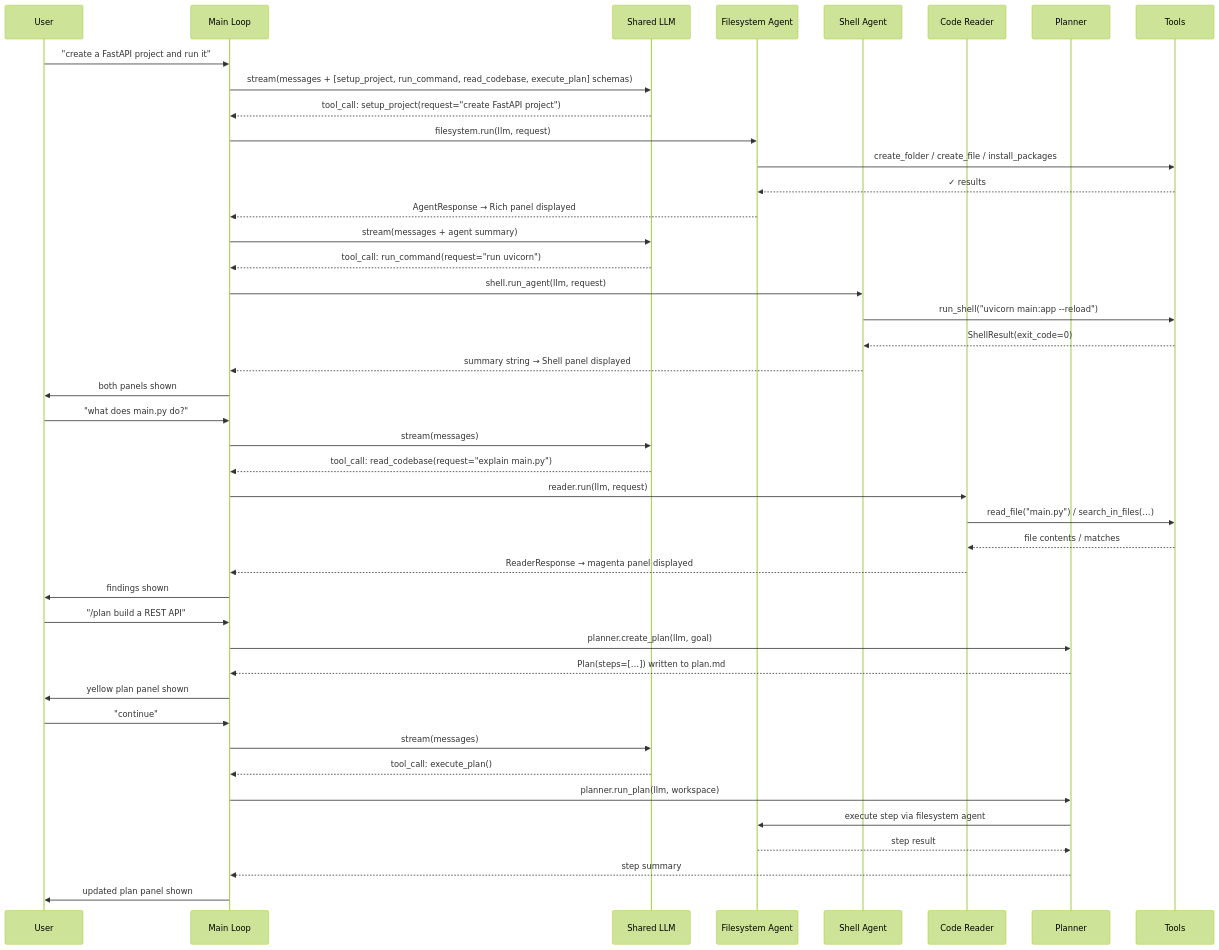
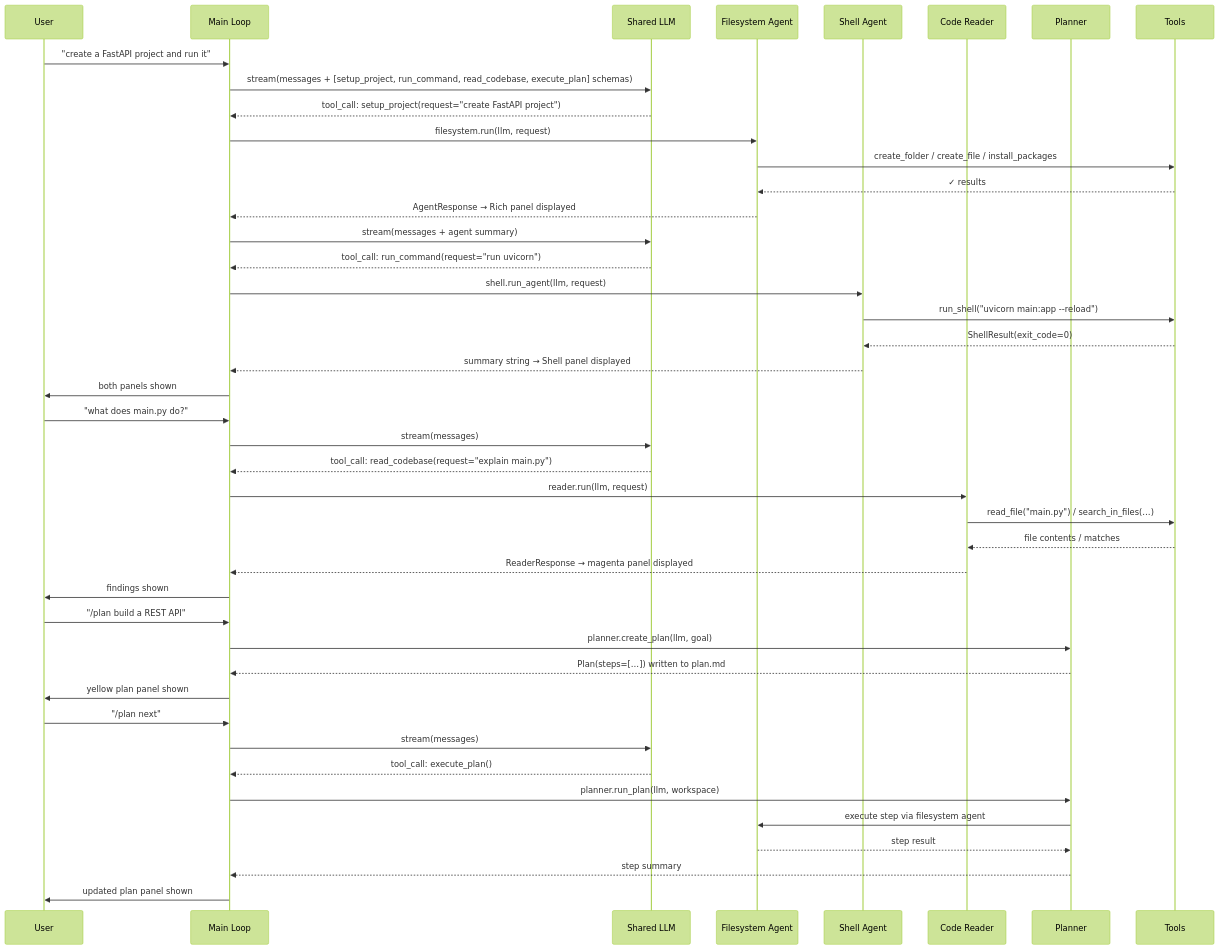
Before and after one commit to prashanth-ds-ml/local-codex: the second of 2 diagrams in docs/Architecture.md, drawn with Mermaid (forest theme). The commit also changed other lines of this file and 61 other files, not shown here.

````diff
--- a/docs/Architecture.md
+++ b/docs/Architecture.md
@@ -214,49 +247,49 @@
 ```mermaid
 sequenceDiagram
     participant U as User
     participant M as Main Loop
     participant C as Shared LLM
     participant FA as Filesystem Agent
     participant SA as Shell Agent
     participant RA as Code Reader
     participant PA as Planner
     participant T as Tools
 
     U->>M: "create a FastAPI project and run it"
     M->>C: stream(messages + [setup_project, run_command, read_codebase, execute_plan] schemas)
     C-->>M: tool_call: setup_project(request="create FastAPI project")
     M->>FA: filesystem.run(llm, request)
     FA->>T: create_folder / create_file / install_packages
     T-->>FA: ✓ results
     FA-->>M: AgentResponse → Rich panel displayed
     M->>C: stream(messages + agent summary)
     C-->>M: tool_call: run_command(request="run uvicorn")
     M->>SA: shell.run_agent(llm, request)
     SA->>T: run_shell("uvicorn main:app --reload")
     T-->>SA: ShellResult(exit_code=0)
     SA-->>M: summary string → Shell panel displayed
     M->>U: both panels shown
 
     U->>M: "what does main.py do?"
     M->>C: stream(messages)
     C-->>M: tool_call: read_codebase(request="explain main.py")
     M->>RA: reader.run(llm, request)
     RA->>T: read_file("main.py") / search_in_files(…)
     T-->>RA: file contents / matches
     RA-->>M: ReaderResponse → magenta panel displayed
     M->>U: findings shown
 
     U->>M: "/plan build a REST API"
     M->>PA: planner.create_plan(llm, goal)
     PA-->>M: Plan(steps=[…]) written to plan.md
     M->>U: yellow plan panel shown
 
-    U->>M: "continue"
+    U->>M: "/plan next"
     M->>C: stream(messages)
     C-->>M: tool_call: execute_plan()
     M->>PA: planner.run_plan(llm, workspace)
     PA->>FA: execute step via filesystem agent
     FA-->>PA: step result
     PA-->>M: step summary
     M->>U: updated plan panel shown
 ```
````
